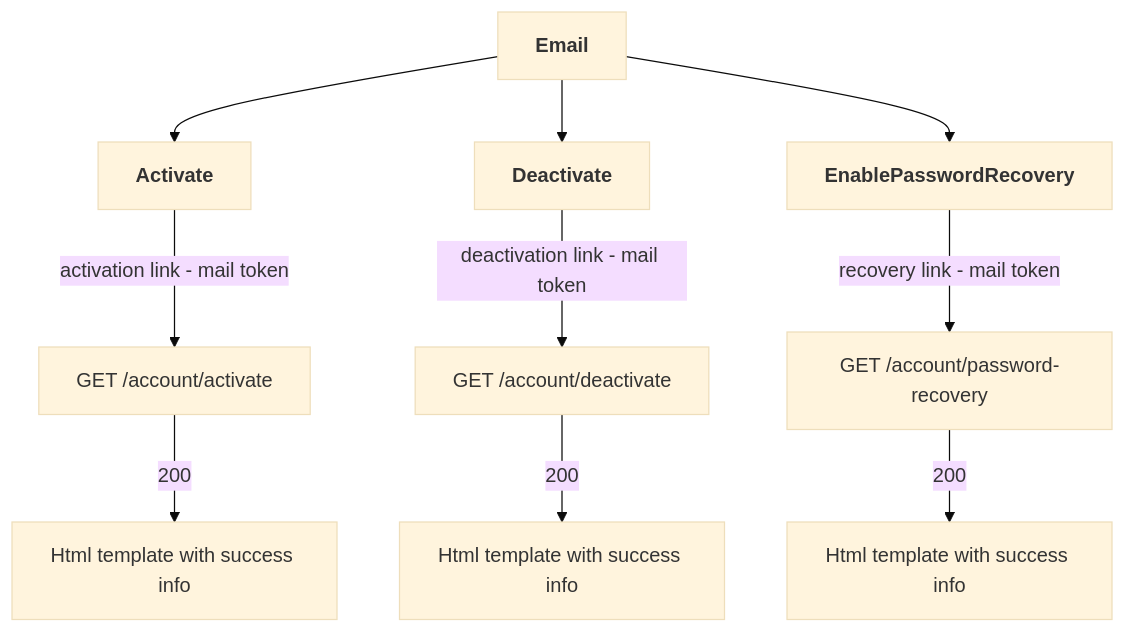
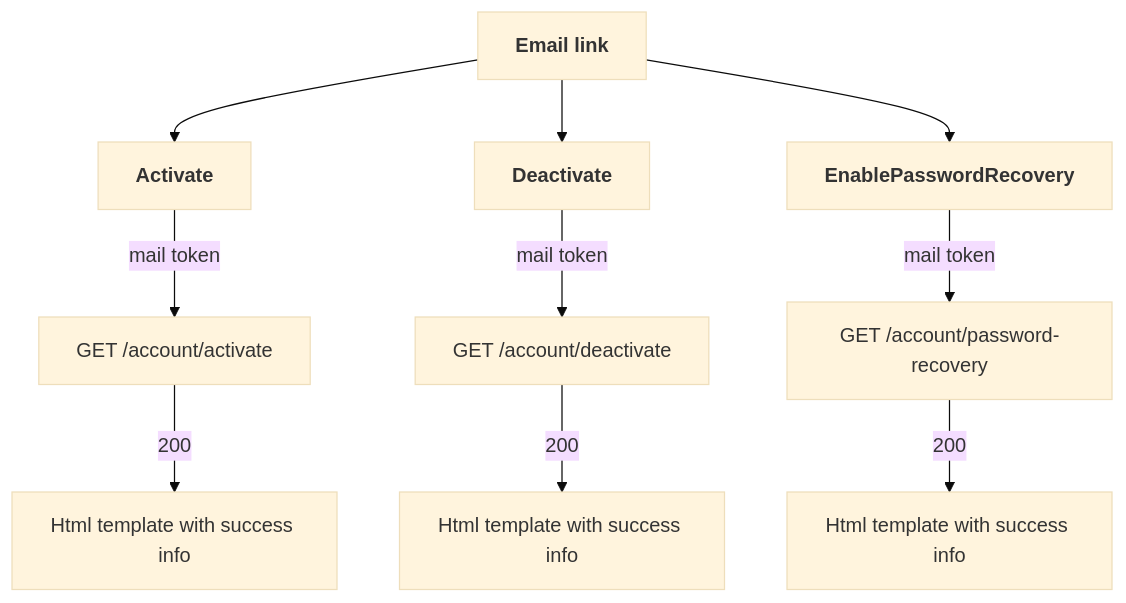
Before and after one commit to Karmello/ask-the-world-api: the second of 12 diagrams in README.md, drawn with Mermaid (base theme).

````diff
--- a/README.md
+++ b/README.md
@@ -36,7 +36,7 @@
 ```mermaid
 flowchart
-ROOT[<b>Email</b>]
-ROOT --> A1[<b>Activate</b>] --> |activation link - mail token|A2[GET /account/activate] --> |200|A3[Html template with success info]
-ROOT --> B1[<b>Deactivate</b>] --> |deactivation link - mail token|B2[GET /account/deactivate] --> |200|B3[Html template with success info]
-ROOT --> C1[<b>EnablePasswordRecovery</b>] --> |recovery link - mail token|C2[GET /account/password-recovery] --> |200|C3[Html template with success info]
+ROOT[<b>Email link</b>]
+ROOT --> A1[<b>Activate</b>] --> |mail token|A2[GET /account/activate] --> |200|A3[Html template with success info]
+ROOT --> B1[<b>Deactivate</b>] --> |mail token|B2[GET /account/deactivate] --> |200|B3[Html template with success info]
+ROOT --> C1[<b>EnablePasswordRecovery</b>] --> |mail token|C2[GET /account/password-recovery] --> |200|C3[Html template with success info]
 ```
````
